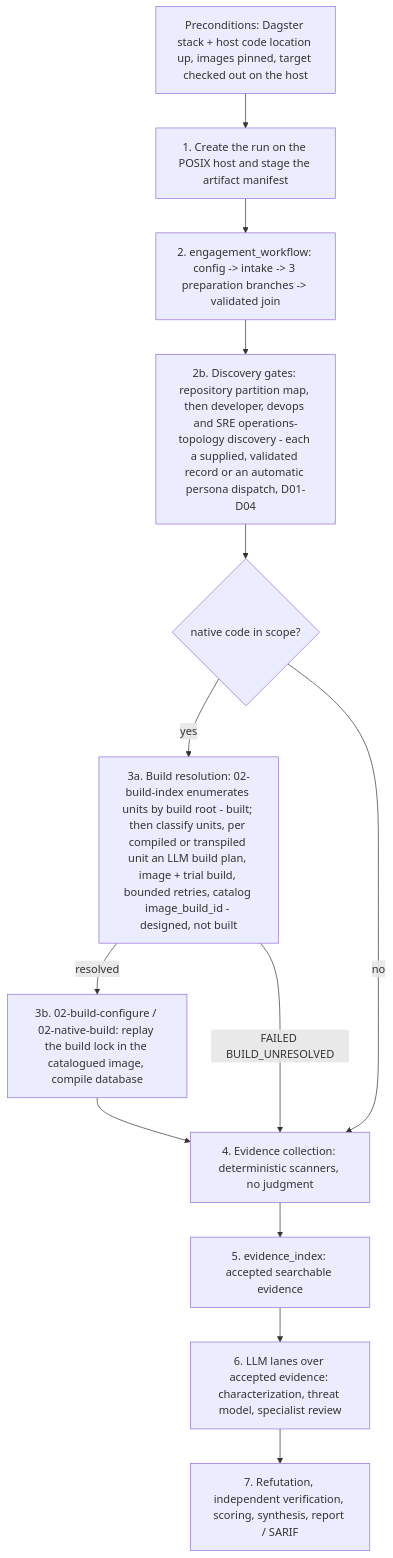
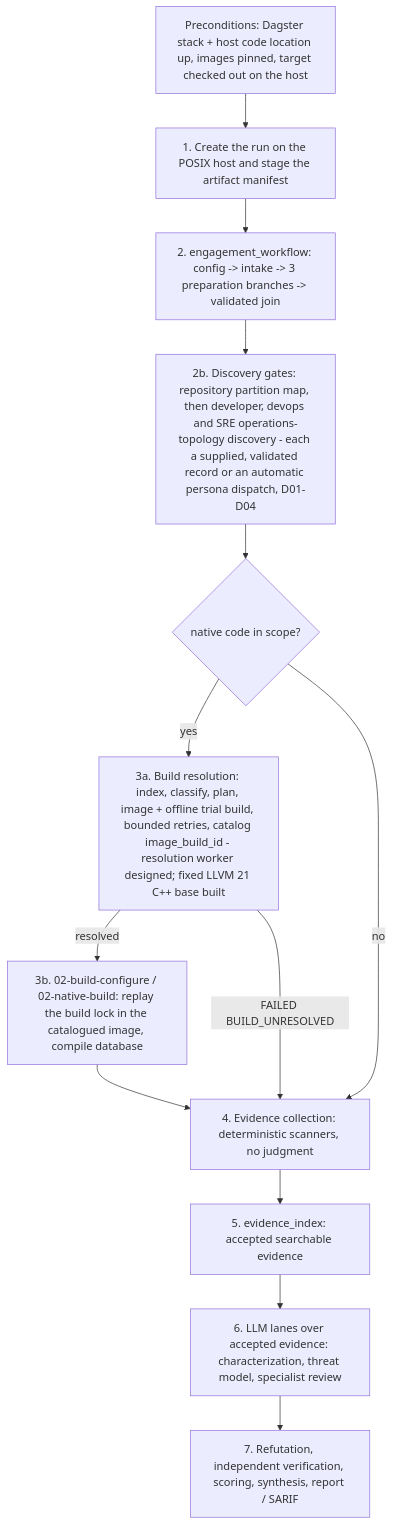
One commit to wsollers/appsec-review changed the diagram in docs/processes/engagement-start.md. Above: the diagram before and after it, drawn with Mermaid. The commit also changed other lines of this file and 23 other files, not shown here.

````diff
--- a/docs/processes/engagement-start.md
+++ b/docs/processes/engagement-start.md
@@ -16,15 +16,15 @@
 ```mermaid
 flowchart TD
   P0[Preconditions: Dagster stack + host code location up, images pinned, target checked out on the host] --> S1
   S1[1. Create the run on the POSIX host and stage the artifact manifest] --> S2
   S2[2. engagement_workflow: config -> intake -> 3 preparation branches -> validated join] --> S2b
   S2b[2b. Discovery gates: repository partition map, then developer, devops and SRE operations-topology discovery - each a supplied, validated record or an automatic persona dispatch, D01-D04] --> G1{native code in scope?}
-  G1 -- yes --> S3a[3a. Build resolution: 02-build-index enumerates units by build root - built; then classify units, per compiled or transpiled unit an LLM build plan, image + trial build, bounded retries, catalog image_build_id - designed, not built]
+  G1 -- yes --> S3a[3a. Build resolution: index, classify, plan, image + offline trial build, bounded retries, catalog image_build_id - resolution worker designed; fixed LLVM 21 C++ base built]
   S3a -- resolved --> S3[3b. 02-build-configure / 02-native-build: replay the build lock in the catalogued image, compile database]
   S3a -- FAILED BUILD_UNRESOLVED --> S4
   G1 -- no --> S4
   S3 --> S4[4. Evidence collection: deterministic scanners, no judgment]
   S4 --> S5[5. evidence_index: accepted searchable evidence]
   S5 --> S6[6. LLM lanes over accepted evidence: characterization, threat model, specialist review]
   S6 --> S7[7. Refutation, independent verification, scoring, synthesis, report / SARIF]
 ```
````
